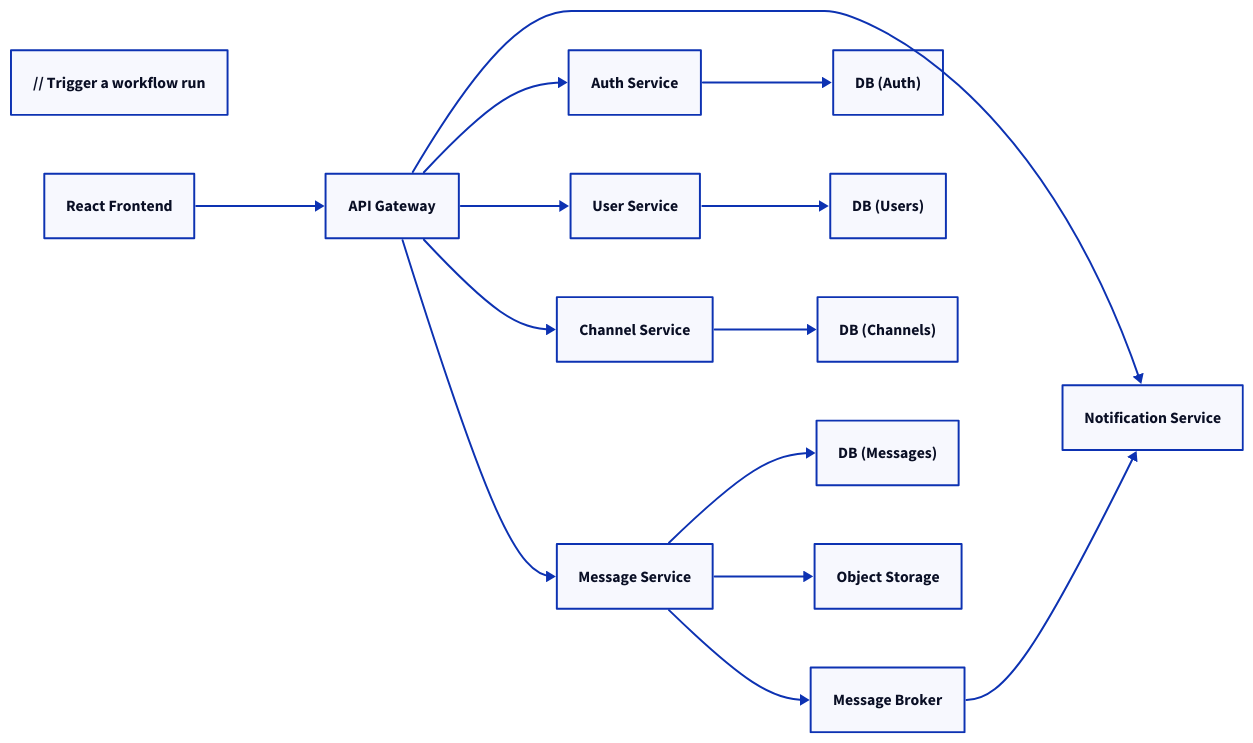
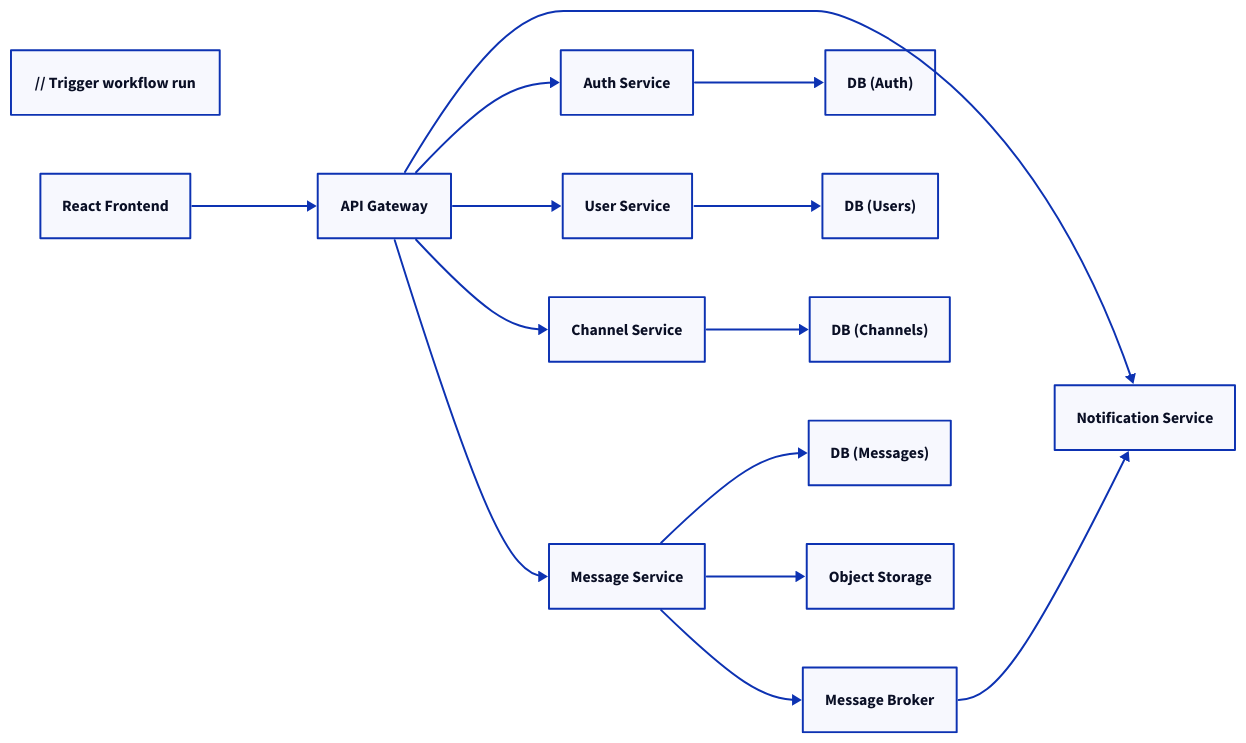
One commit to MOFAREH-ASSIRI/slack-system-architecture changed the diagram in architecture.d2. Above: the diagram before and after it, drawn with D2.

```diff
--- a/architecture.d2
+++ b/architecture.d2
@@ -1,34 +1,34 @@
-// Trigger a workflow run
+// Trigger  workflow run
 direction: right
 
 
 Frontend: "React Frontend"
 APIGateway: "API Gateway"
 Auth: "Auth Service"
 Users: "User Service"
 Channels: "Channel Service"
 Messages: "Message Service"
 Notifications: "Notification Service"
 Broker: "Message Broker"
 DBAuth: "DB (Auth)"
 DBUsers: "DB (Users)"
 DBChannels: "DB (Channels)"
 DBMessages: "DB (Messages)"
 Storage: "Object Storage"
 
 Frontend -> APIGateway
 APIGateway -> Auth
 APIGateway -> Users
 APIGateway -> Channels
 APIGateway -> Messages
 APIGateway -> Notifications
 
 Auth -> DBAuth
 Users -> DBUsers
 Channels -> DBChannels
 Messages -> DBMessages
 
 Messages -> Broker
 Broker -> Notifications
 
 Messages -> Storage
```
